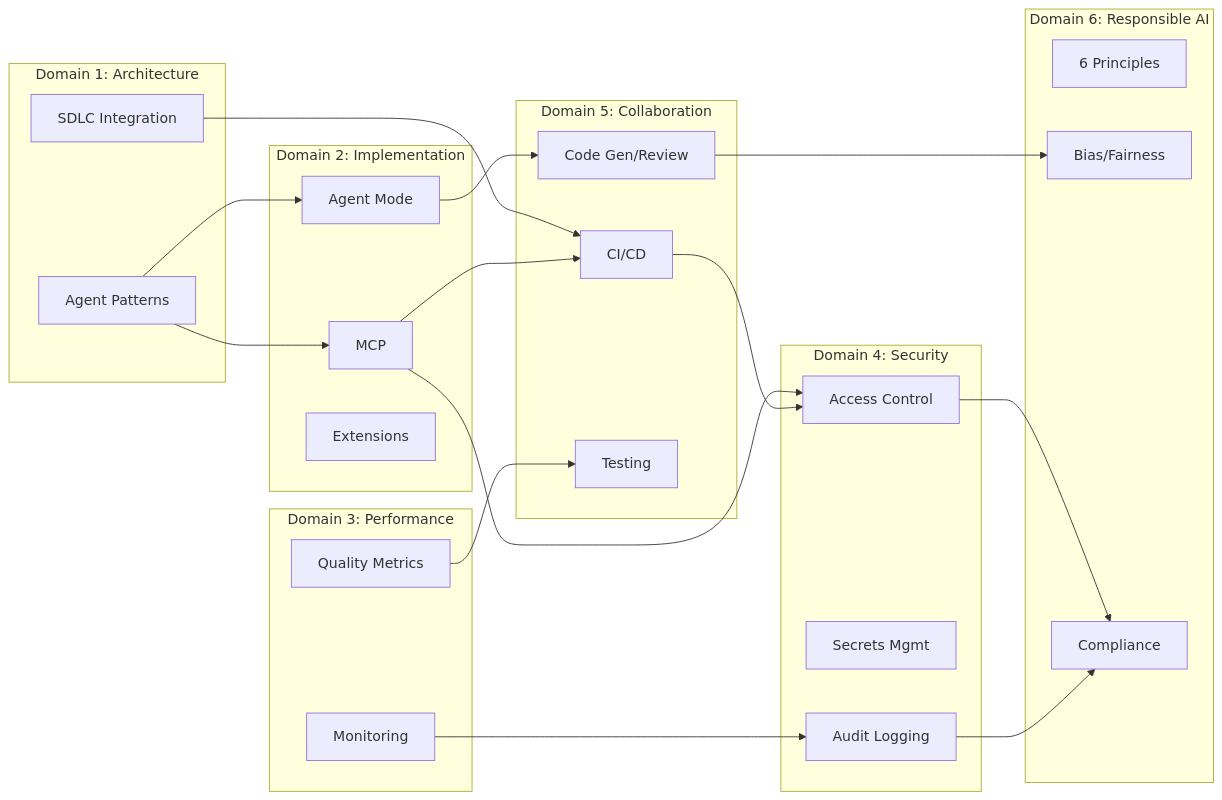
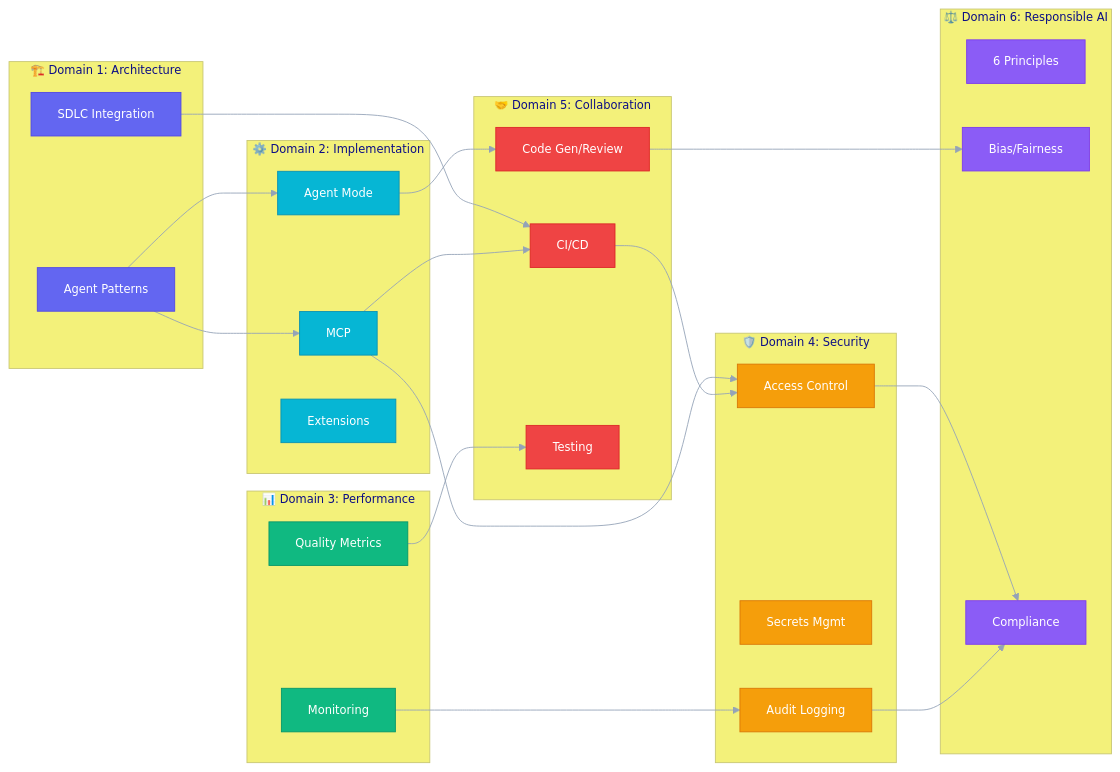
The first of 2 diagrams in docs/cross_domain.md (JohannesRabauer/gh-600-preparation), drawn with Mermaid before and after one commit. The commit also changed other lines of this file and 5 other files, not shown here.

First line of the commit message:
feat: add colorful animated diagrams and pictograms across study material

````diff
--- a/docs/cross_domain.md
+++ b/docs/cross_domain.md
@@ -11,44 +11,52 @@
 ```mermaid
+%%{init: {'theme': 'base', 'themeVariables': {'primaryColor': '#6366f1', 'primaryTextColor': '#fff', 'lineColor': '#94a3b8', 'fontSize': '13px'}}}%%
 graph LR
-    subgraph D1[Domain 1: Architecture]
-        A1[Agent Patterns]
-        A2[SDLC Integration]
+    subgraph D1[🏗️ Domain 1: Architecture]
+        A1[Agent Patterns]:::d1
+        A2[SDLC Integration]:::d1
     end
-    subgraph D2[Domain 2: Implementation]
-        B1[Agent Mode]
-        B2[MCP]
-        B3[Extensions]
+    subgraph D2[⚙️ Domain 2: Implementation]
+        B1[Agent Mode]:::d2
+        B2[MCP]:::d2
+        B3[Extensions]:::d2
     end
-    subgraph D3[Domain 3: Performance]
-        C1[Quality Metrics]
-        C2[Monitoring]
+    subgraph D3[📊 Domain 3: Performance]
+        C1[Quality Metrics]:::d3
+        C2[Monitoring]:::d3
     end
-    subgraph D4[Domain 4: Security]
-        D41[Access Control]
-        D42[Secrets Mgmt]
-        D43[Audit Logging]
+    subgraph D4[🛡️ Domain 4: Security]
+        D41[Access Control]:::d4
+        D42[Secrets Mgmt]:::d4
+        D43[Audit Logging]:::d4
     end
-    subgraph D5[Domain 5: Collaboration]
-        E1[Code Gen/Review]
-        E2[CI/CD]
-        E3[Testing]
+    subgraph D5[🤝 Domain 5: Collaboration]
+        E1[Code Gen/Review]:::d5
+        E2[CI/CD]:::d5
+        E3[Testing]:::d5
     end
-    subgraph D6[Domain 6: Responsible AI]
-        F1[6 Principles]
-        F2[Bias/Fairness]
-        F3[Compliance]
+    subgraph D6[⚖️ Domain 6: Responsible AI]
+        F1[6 Principles]:::d6
+        F2[Bias/Fairness]:::d6
+        F3[Compliance]:::d6
     end
 
     A1 --> B1
     A1 --> B2
     A2 --> E2
     B1 --> E1
     B2 --> D41
     B2 --> E2
     C1 --> E3
     C2 --> D43
     D41 --> F3
     D43 --> F3
     E1 --> F2
     E2 --> D41
+
+    classDef d1 fill:#6366f1,stroke:#4f46e5,color:#fff
+    classDef d2 fill:#06b6d4,stroke:#0891b2,color:#fff
+    classDef d3 fill:#10b981,stroke:#059669,color:#fff
+    classDef d4 fill:#f59e0b,stroke:#d97706,color:#fff
+    classDef d5 fill:#ef4444,stroke:#dc2626,color:#fff
+    classDef d6 fill:#8b5cf6,stroke:#7c3aed,color:#fff
 ```
````
